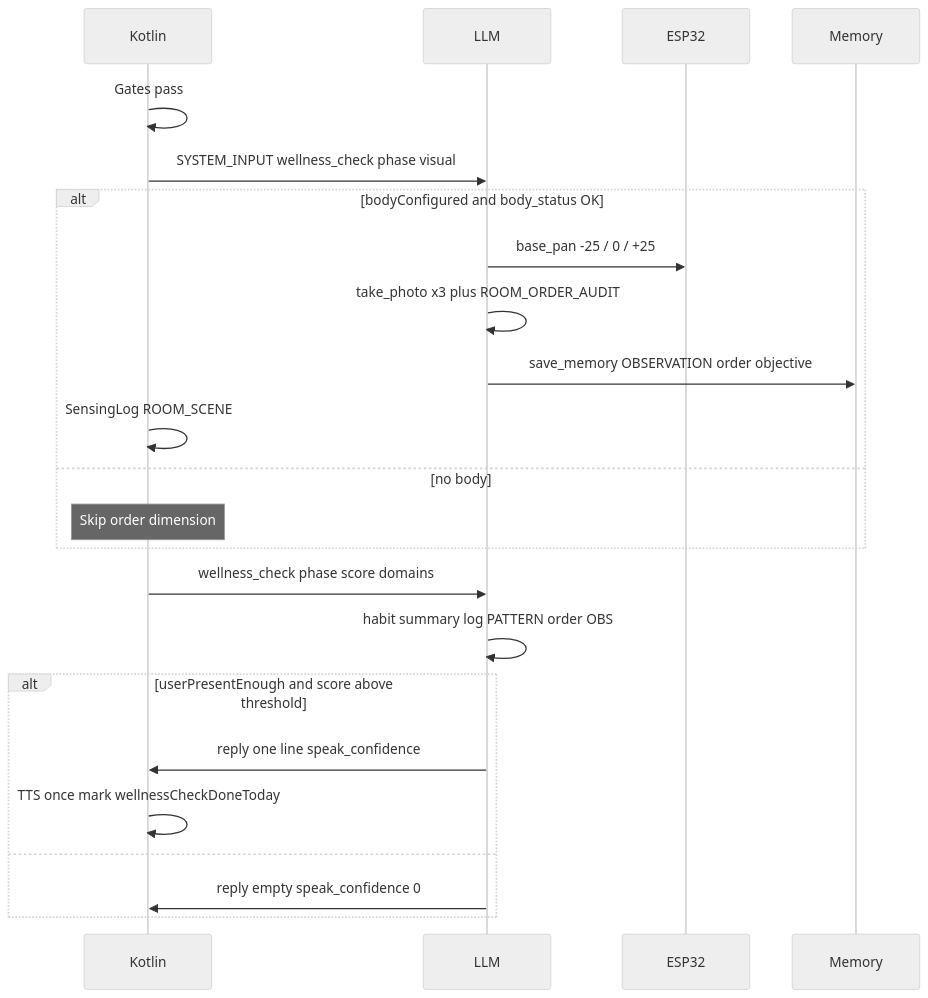
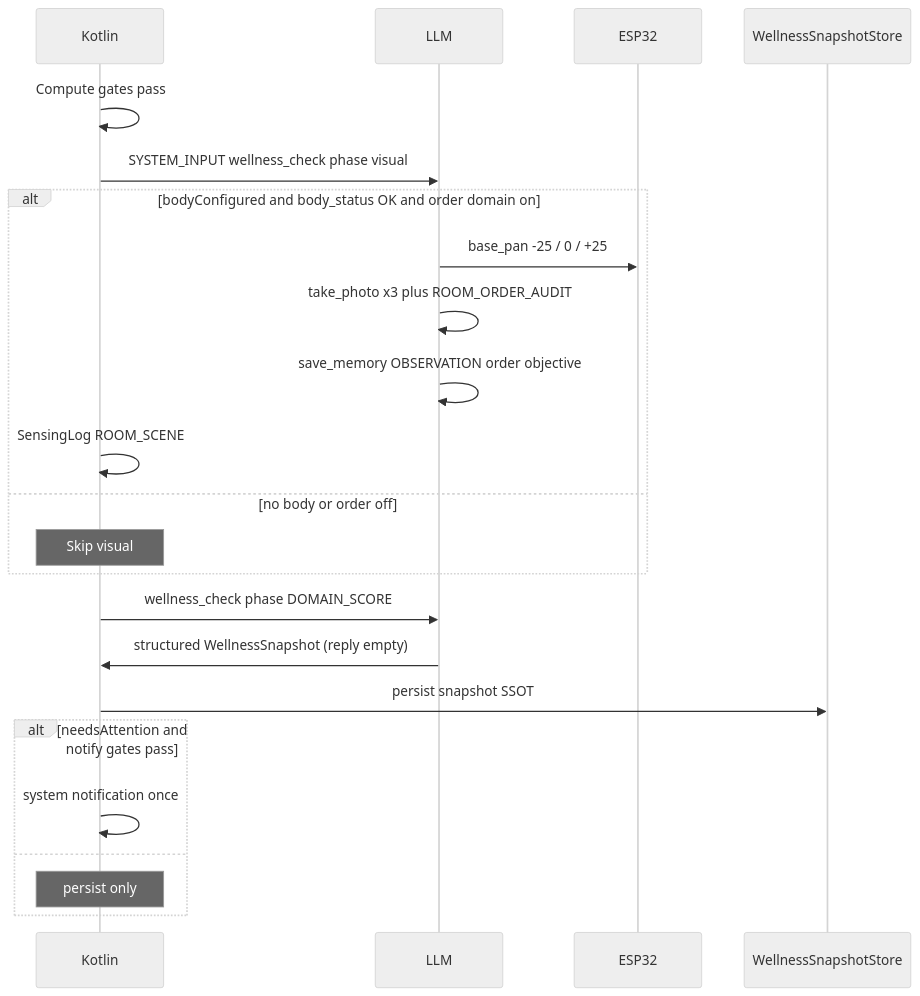
Before and after one commit to fra00/RobotDeskMobile: the second of 2 diagrams in docs/PROACTIVE_ARCHITECTURE.md, drawn with Mermaid (neutral theme). The commit also changed other lines of this file and 35 other files, not shown here.

````diff
--- a/docs/PROACTIVE_ARCHITECTURE.md
+++ b/docs/PROACTIVE_ARCHITECTURE.md
@@ -303,26 +372,26 @@
 ```mermaid
 sequenceDiagram
     participant K as Kotlin
     participant LLM as LLM
     participant Body as ESP32
-    participant Mem as Memory
+    participant Store as WellnessSnapshotStore
 
-    K->>K: Gates pass
+    K->>K: Compute gates pass
     K->>LLM: SYSTEM_INPUT wellness_check phase visual
-    alt bodyConfigured and body_status OK
+    alt bodyConfigured and body_status OK and order domain on
         LLM->>Body: base_pan -25 / 0 / +25
         LLM->>LLM: take_photo x3 plus ROOM_ORDER_AUDIT
-        LLM->>Mem: save_memory OBSERVATION order objective
+        LLM->>LLM: save_memory OBSERVATION order objective
         K->>K: SensingLog ROOM_SCENE
-    else no body
-        Note over K: Skip order dimension
+    else no body or order off
+        Note over K: Skip visual
     end
-    K->>LLM: wellness_check phase score domains
-    LLM->>LLM: habit summary log PATTERN order OBS
-    alt userPresentEnough and score above threshold
-        LLM->>K: reply one line speak_confidence
-        K->>K: TTS once mark wellnessCheckDoneToday
+    K->>LLM: wellness_check phase DOMAIN_SCORE
+    LLM->>K: structured WellnessSnapshot (reply empty)
+    K->>Store: persist snapshot SSOT
+    alt needsAttention and notify gates pass
+        K->>K: system notification once
     else
-        LLM->>K: reply empty speak_confidence 0
+        Note over K: persist only
     end
 ```
````
